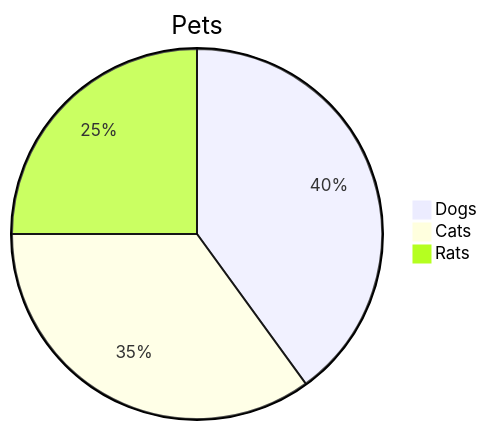
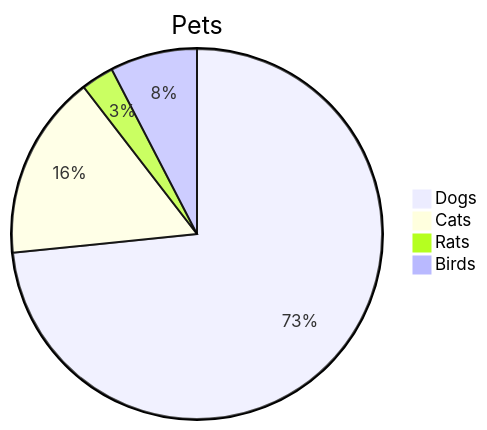
The ninth of 24 diagrams in tests/fixtures/vault/Mermaid.md (shuheykoyama/inkdrop-themes-for-obsidian), drawn with Mermaid before and after one commit. The commit also changed other lines of this file and 17 other files, not shown here.

First line of the commit message:
feat(mermaid): give every diagram type Inkdrop's colours

````diff
--- a/tests/fixtures/vault/Mermaid.md
+++ b/tests/fixtures/vault/Mermaid.md
@@ -103,6 +135,7 @@
 ```mermaid
 pie title Pets
-  "Dogs" : 40
-  "Cats" : 35
-  "Rats" : 25
+  "Dogs" : 386
+  "Cats" : 85
+  "Rats" : 15
+  "Birds" : 40
 ```
````
